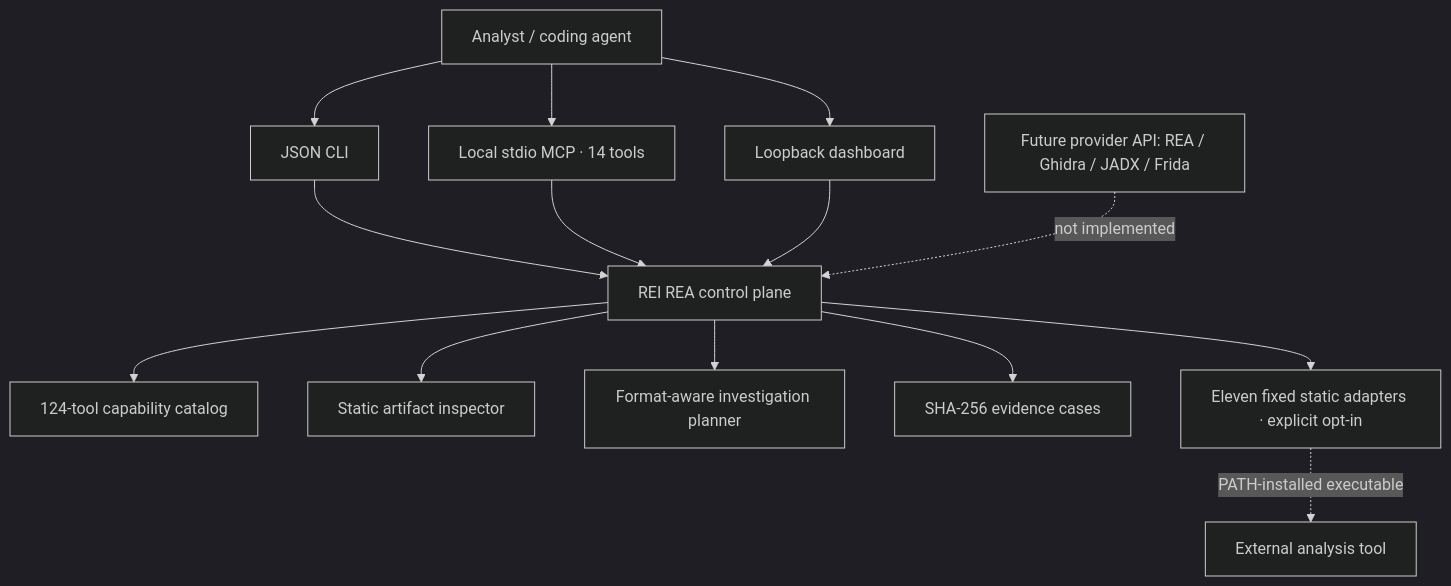
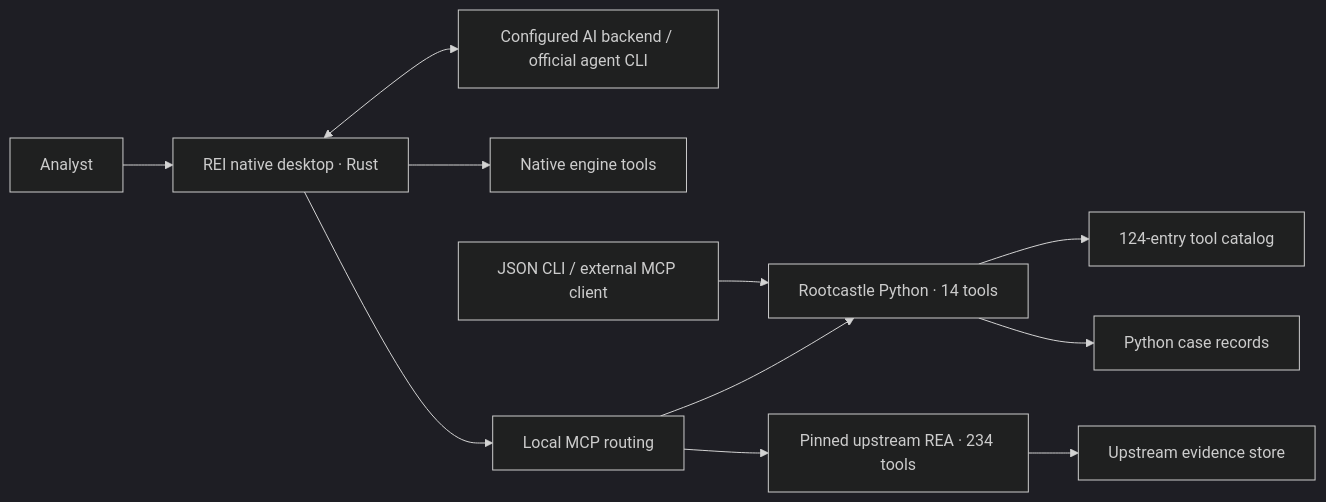
Before and after one commit to rootcastleco/Rei-Reverse-engineer: the diagram in README.md, drawn with Mermaid (dark theme). The commit also changed other lines of this file and 4 other files, not shown here.

Commit message:
docs: present REI with Rootcastle branding and responsible use notice

````diff
--- a/README.md
+++ b/README.md
@@ -199,16 +191,13 @@
 ```mermaid
-flowchart TD
-    U["Analyst / coding agent"] --> CLI["JSON CLI"]
-    U --> MCP["Local stdio MCP · 14 tools"]
-    U --> UI["Loopback dashboard"]
-    CLI --> Core["REI REA control plane"]
-    MCP --> Core
-    UI --> Core
-    Core --> Registry["124-tool capability catalog"]
-    Core --> Inspector["Static artifact inspector"]
-    Core --> Planner["Format-aware investigation planner"]
-    Core --> Evidence["SHA-256 evidence cases"]
-    Core --> Adapter["Eleven fixed static adapters · explicit opt-in"]
-    Adapter -. "PATH-installed executable" .-> Local["External analysis tool"]
-    Future["Future provider API: REA / Ghidra / JADX / Frida"] -. "not implemented" .-> Core
+flowchart LR
+    Analyst["Analyst"] --> Desktop["REI native desktop · Rust"]
+    Desktop <--> AI["Configured AI backend / official agent CLI"]
+    Desktop --> Native["Native engine tools"]
+    Desktop --> Bridge["Local MCP routing"]
+    Bridge --> Python["Rootcastle Python · 14 tools"]
+    Bridge --> Upstream["Pinned upstream REA · 234 tools"]
+    CLI["JSON CLI / external MCP client"] --> Python
+    Python --> Registry["124-entry tool catalog"]
+    Python --> Cases["Python case records"]
+    Upstream --> Store["Upstream evidence store"]
 ```
````
